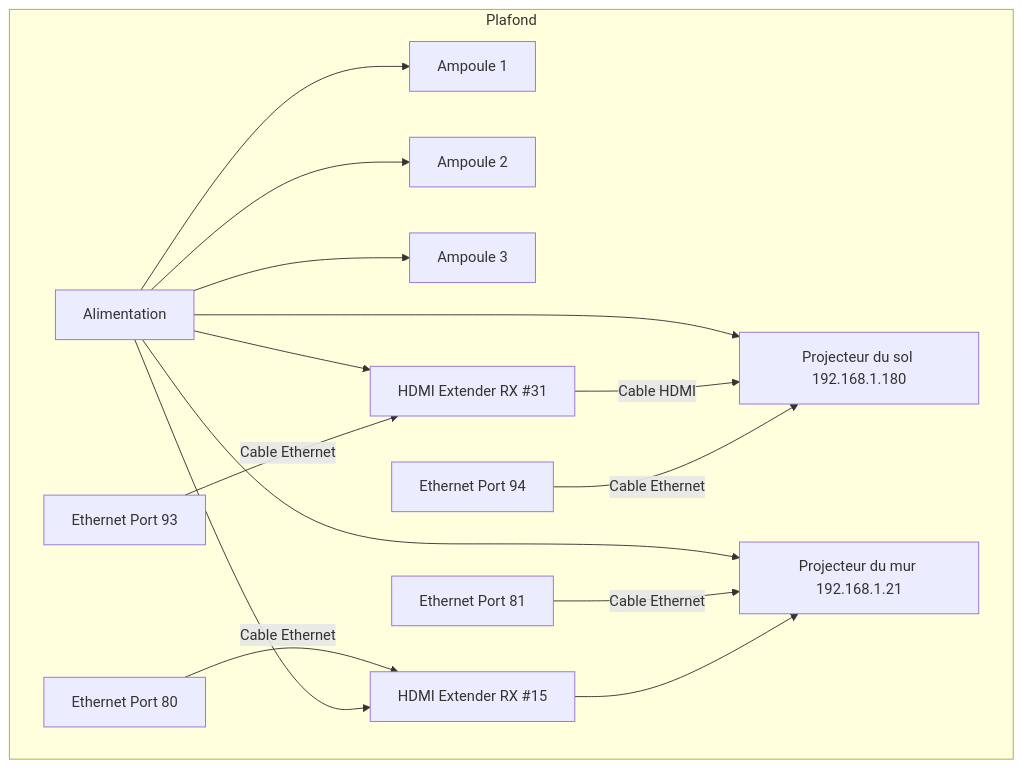
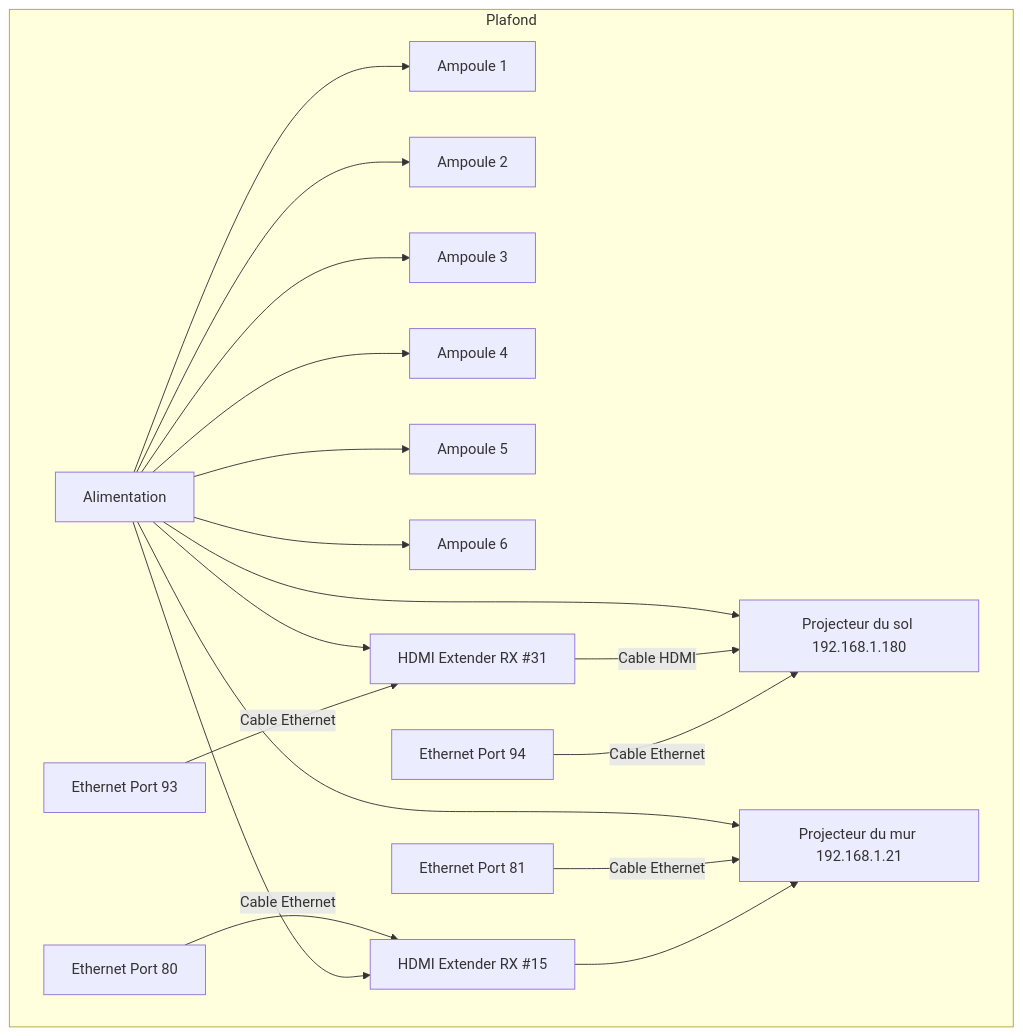
The third of 7 diagrams in 50_diffusion/README.md (Miaou-Mafia/projet-luminatura), drawn with Mermaid before and after one commit. The commit also changed other lines of this file and 3 other files, not shown here.

````diff
--- a/50_diffusion/README.md
+++ b/50_diffusion/README.md
@@ -291,18 +291,21 @@
 ```mermaid
 flowchart TD
-    subgraph Plafond
-        A[Alimentation] --> B[Projecteur du sol 192.168.1.180]
-        A --> C[Ampoule 1]
-        A --> D[Ampoule 2]
-        A --> E[Ampoule 3]
-        A --> F[HDMI Extender RX #31]
-        F -->| Cable HDMI | B
-        G[Ethernet Port 94] -->| Cable Ethernet | B
-        H[Ethernet Port 93] -->| Cable Ethernet | F
-        A --> I[Projecteur du mur 192.168.1.21]
-        K[Ethernet Port 81] -->| Cable Ethernet | I
-        L[Ethernet Port 80] -->| Cable Ethernet | M[HDMI Extender RX #15]
-        M --> I
-        A --> M
-    end
+subgraph Plafond
+    A[Alimentation] --> B[Projecteur du sol 192.168.1.180]
+    A --> C[Ampoule 1]
+    A --> D[Ampoule 2]
+    A --> E[Ampoule 3]
+    A --> X[Ampoule 4]
+    A --> Y[Ampoule 5]
+    A --> Z[Ampoule 6]
+    A --> F[HDMI Extender RX #31]
+    F -->| Cable HDMI | B
+    G[Ethernet Port 94] -->| Cable Ethernet | B
+    H[Ethernet Port 93] -->| Cable Ethernet | F
+    A --> I[Projecteur du mur 192.168.1.21]
+    K[Ethernet Port 81] -->| Cable Ethernet | I
+    L[Ethernet Port 80] -->| Cable Ethernet | M[HDMI Extender RX #15]
+    M --> I
+    A --> M
+end
 ```
````
